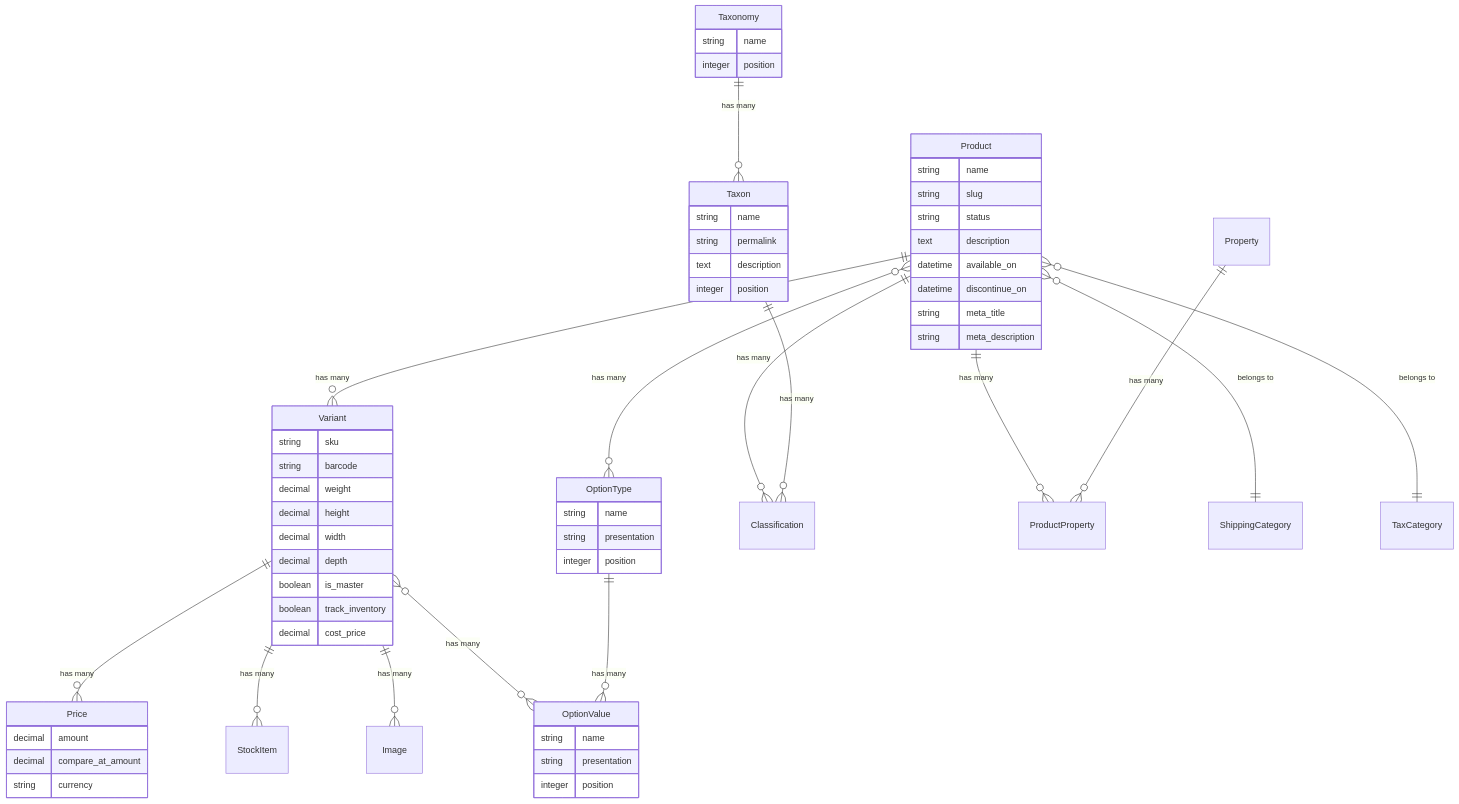
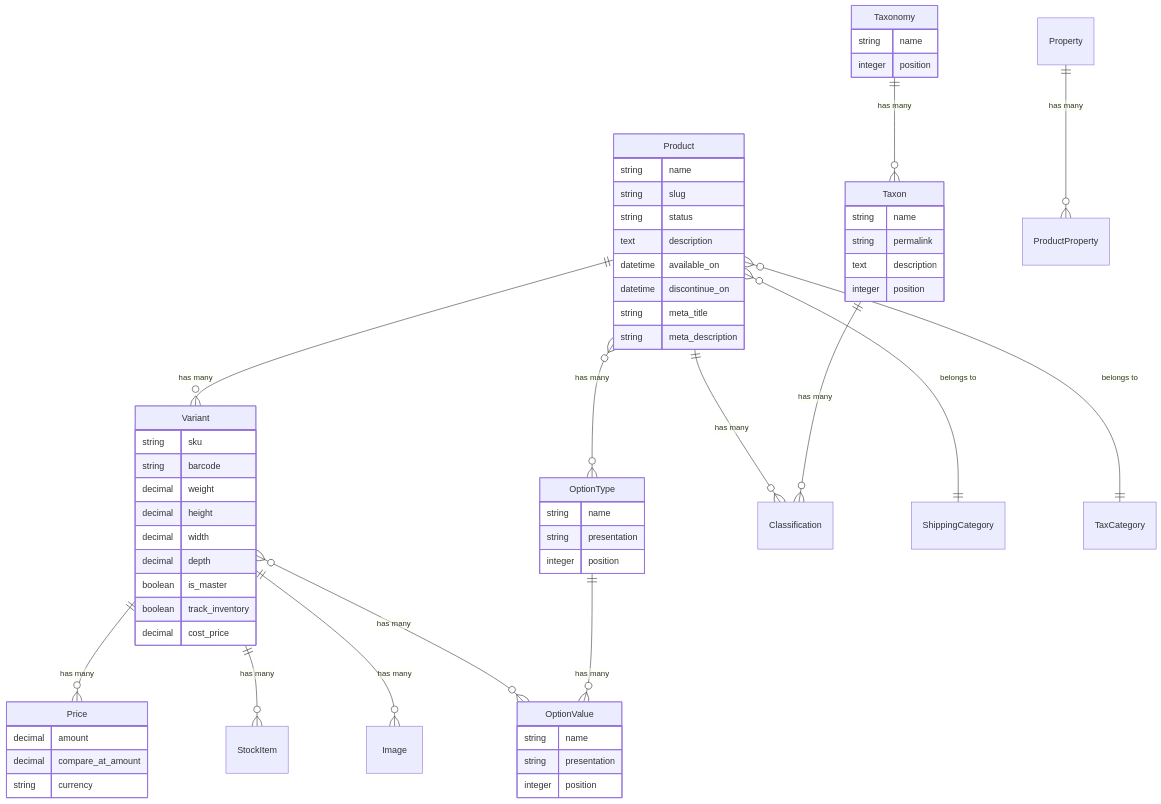
The diagram in docs/developer/core-concepts/products.mdx (spree/spree), drawn with Mermaid before and after one commit. The commit also changed other lines of this file, not shown here.

````diff
--- a/docs/developer/core-concepts/products.mdx
+++ b/docs/developer/core-concepts/products.mdx
@@ -15,70 +15,69 @@
 ```mermaid
 erDiagram
     Product {
         string name
         string slug
         string status
         text description
         datetime available_on
         datetime discontinue_on
         string meta_title
         string meta_description
     }
 
     Variant {
         string sku
         string barcode
         decimal weight
         decimal height
         decimal width
         decimal depth
         boolean is_master
         boolean track_inventory
         decimal cost_price
     }
 
     Price {
         decimal amount
         decimal compare_at_amount
         string currency
     }
 
     OptionType {
         string name
         string presentation
         integer position
     }
 
     OptionValue {
         string name
         string presentation
         integer position
     }
 
     Taxon {
         string name
         string permalink
         text description
         integer position
     }
 
     Taxonomy {
         string name
         integer position
     }
 
     Product ||--o{ Variant : "has many"
     Product }o--o{ OptionType : "has many"
     Product ||--o{ Classification : "has many"
-    Product ||--o{ ProductProperty : "has many"
     Product }o--|| ShippingCategory : "belongs to"
     Product }o--|| TaxCategory : "belongs to"
     Variant ||--o{ Price : "has many"
     Variant ||--o{ StockItem : "has many"
     Variant ||--o{ Image : "has many"
     Variant }o--o{ OptionValue : "has many"
     OptionType ||--o{ OptionValue : "has many"
     Taxon ||--o{ Classification : "has many"
     Taxonomy ||--o{ Taxon : "has many"
     Property ||--o{ ProductProperty : "has many"
 ```
````
